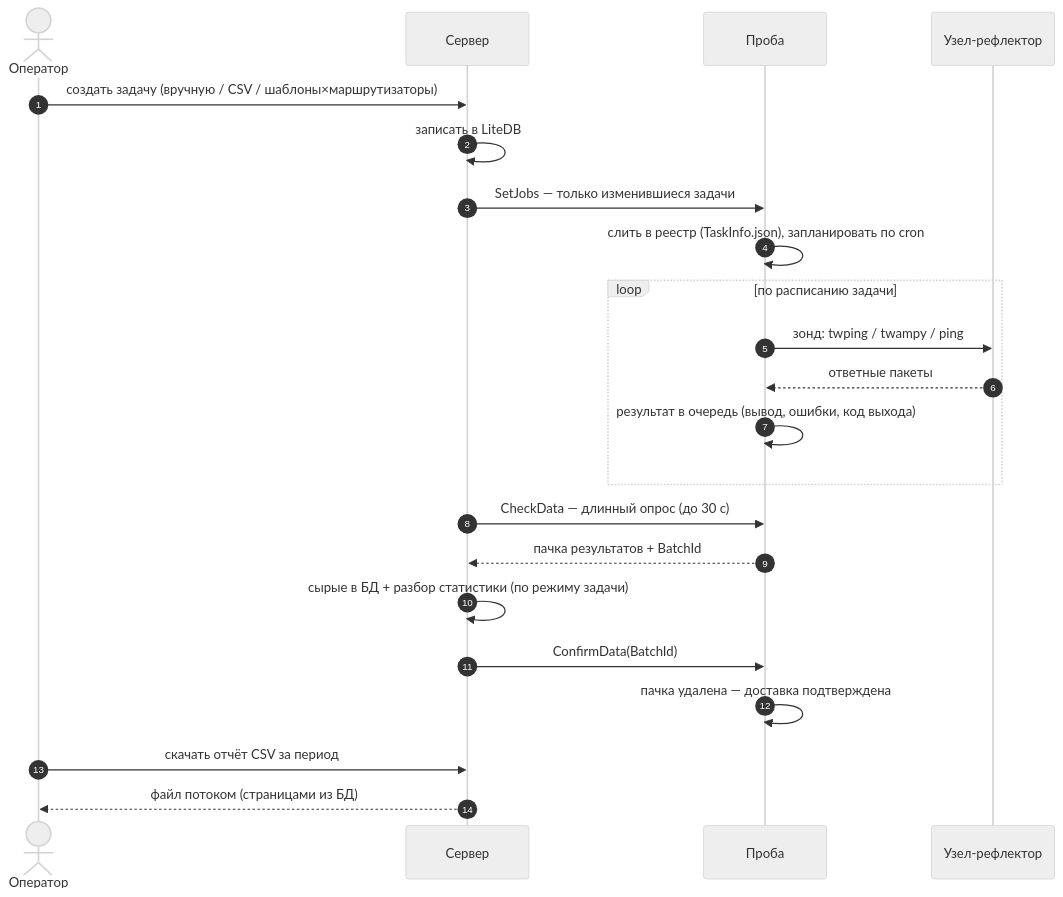
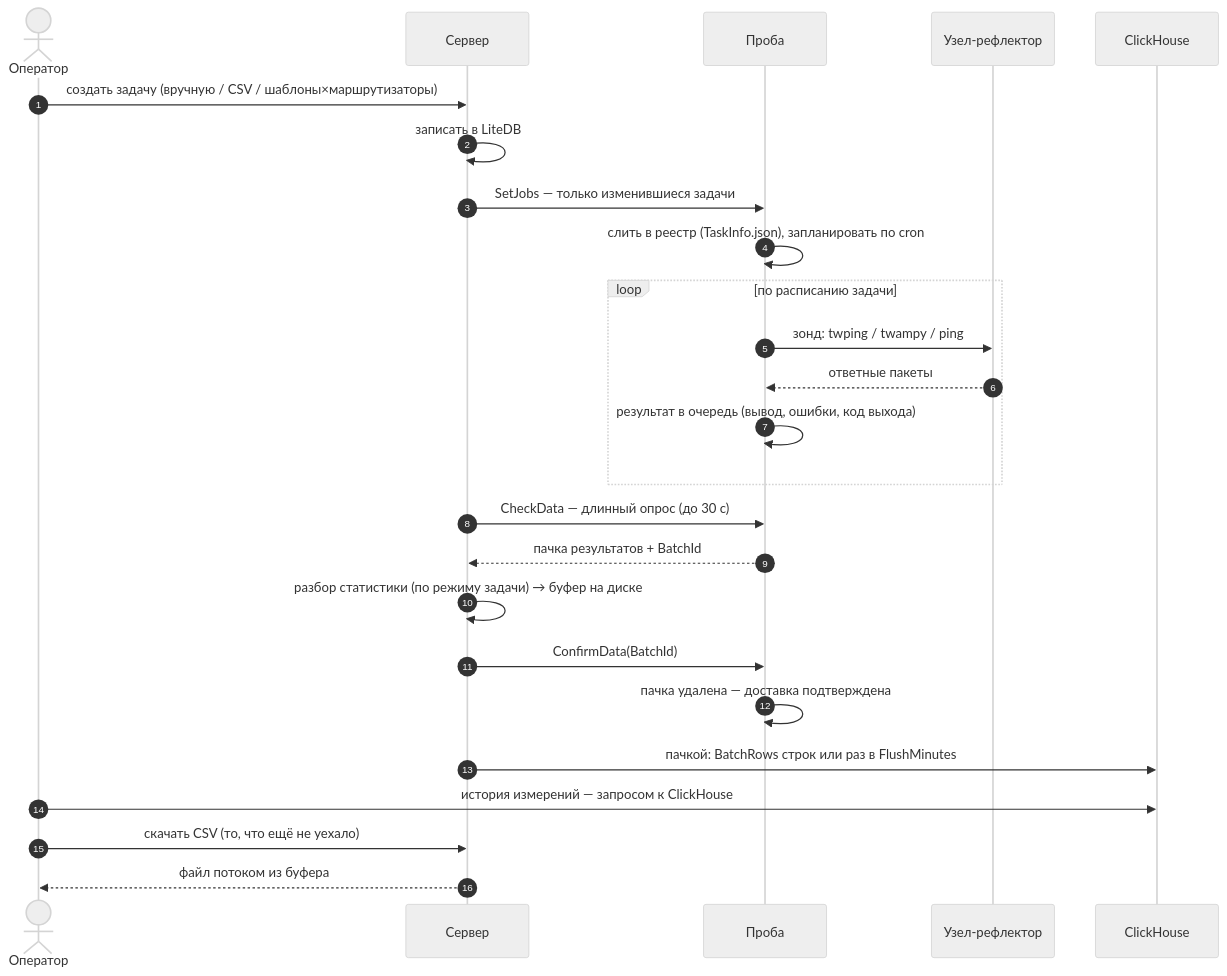
One commit to akprof2000/twamp-probe changed the second of 11 diagrams in docs/architecture.md. Above: the diagram before and after it, drawn with Mermaid (neutral theme). The commit also changed other lines of this file and 31 other files, not shown here.

First line of the commit message:
Версия 1.3.0 — перенос измерений в ClickHouse

````diff
--- a/docs/architecture.md
+++ b/docs/architecture.md
@@ -68,28 +71,31 @@
 ```mermaid
 sequenceDiagram
     autonumber
     actor Op as Оператор
     participant S as Сервер
     participant P as Проба
     participant T as Узел-рефлектор
+    participant CH as ClickHouse
 
     Op->>S: создать задачу (вручную / CSV / шаблоны×маршрутизаторы)
     S->>S: записать в LiteDB
     S->>P: SetJobs — только изменившиеся задачи
     P->>P: слить в реестр (TaskInfo.json), запланировать по cron
 
     loop по расписанию задачи
         P->>T: зонд: twping / twampy / ping
         T-->>P: ответные пакеты
         P->>P: результат в очередь (вывод, ошибки, код выхода)
     end
 
     S->>P: CheckData — длинный опрос (до 30 с)
     P-->>S: пачка результатов + BatchId
-    S->>S: сырые в БД + разбор статистики (по режиму задачи)
+    S->>S: разбор статистики (по режиму задачи) → буфер на диске
     S->>P: ConfirmData(BatchId)
     P->>P: пачка удалена — доставка подтверждена
 
-    Op->>S: скачать отчёт CSV за период
-    S-->>Op: файл потоком (страницами из БД)
+    S->>CH: пачкой: BatchRows строк или раз в FlushMinutes
+    Op->>CH: история измерений — запросом к ClickHouse
+    Op->>S: скачать CSV (то, что ещё не уехало)
+    S-->>Op: файл потоком из буфера
 ```
````
